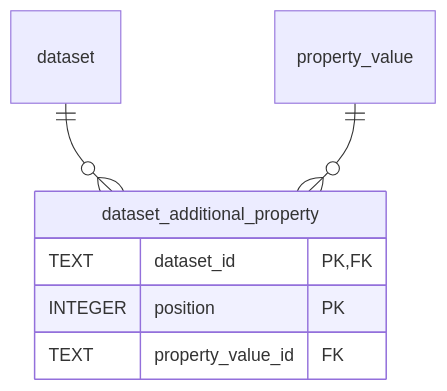
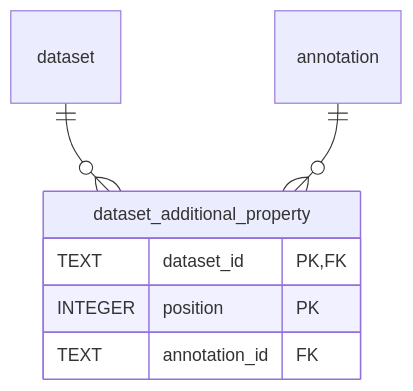
Before and after one commit to HLWeil/ProcessCore: diagram 12 of 18 in schemas/sql/design.md, drawn with Mermaid. The commit also changed other lines of this file and 134 other files, not shown here.

````diff
--- a/schemas/sql/design.md
+++ b/schemas/sql/design.md
@@ -392,10 +392,10 @@
 ```mermaid
 erDiagram
     dataset_additional_property {
         TEXT dataset_id PK,FK
         INTEGER position PK
-        TEXT property_value_id FK
+        TEXT annotation_id FK
     }
     dataset ||--o{ dataset_additional_property : ""
-    property_value ||--o{ dataset_additional_property : ""
+    annotation ||--o{ dataset_additional_property : ""
 ```
````
